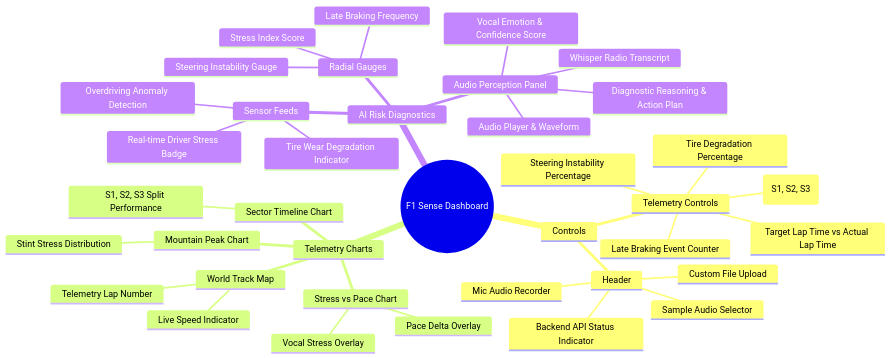
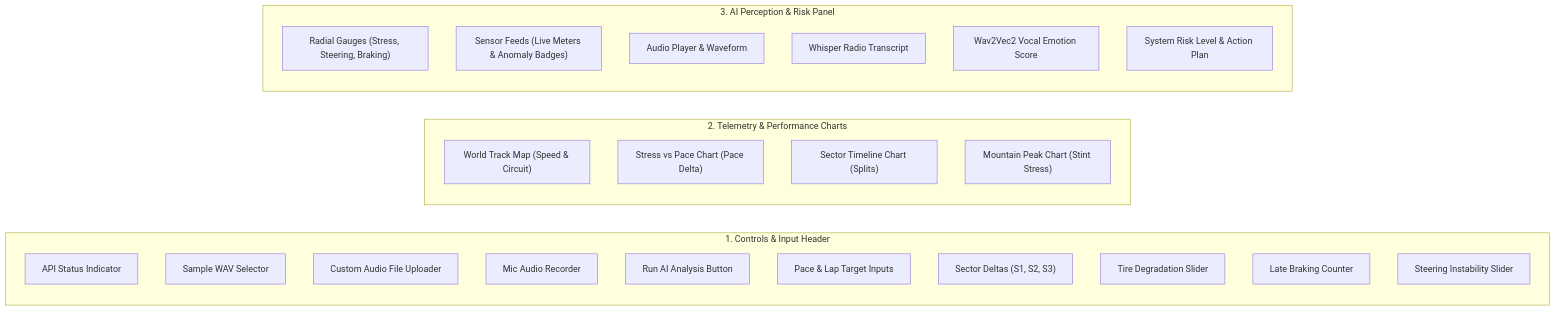
Before and after one commit to Aditsharma12/F1_sense: the third of 3 diagrams in README.md, drawn with Mermaid. The commit also changed other lines of this file, not shown here.

Commit message:
docs: replace mindmap with clean graph LR flowchart

````diff
--- a/README.md
+++ b/README.md
@@ -90,41 +90,31 @@
 ```mermaid
-mindmap
-  root((F1 Sense Dashboard))
-    Controls
-      Header
-        Backend API Status Indicator
-        Sample Audio Selector
-        Custom File Upload
-        Mic Audio Recorder
-      Telemetry Controls
-        Target Lap Time vs Actual Lap Time
-        Sector Deltas (S1, S2, S3)
-        Tire Degradation Percentage
-        Late Braking Event Counter
-        Steering Instability Percentage
-    Telemetry Charts
-      World Track Map
-        Live Speed Indicator
-        Telemetry Lap Number
-      Stress vs Pace Chart
-        Pace Delta Overlay
-        Vocal Stress Overlay
-      Sector Timeline Chart
-        S1, S2, S3 Split Performance
-      Mountain Peak Chart
-        Stint Stress Distribution
-    AI Risk Diagnostics
-      Radial Gauges
-        Stress Index Score
-        Steering Instability Gauge
-        Late Braking Frequency
-      Sensor Feeds
-        Real-time Driver Stress Badge
-        Tire Wear Degradation Indicator
-        Overdriving Anomaly Detection
-      Audio Perception Panel
-        Audio Player & Waveform
-        Whisper Radio Transcript
-        Vocal Emotion & Confidence Score
-        Diagnostic Reasoning & Action Plan
+graph LR
+    subgraph Controls["1. Controls & Input Header"]
+        H1["API Status Indicator"]
+        H2["Sample WAV Selector"]
+        H3["Custom Audio File Uploader"]
+        H4["Mic Audio Recorder"]
+        H5["Run AI Analysis Button"]
+        T1["Pace & Lap Target Inputs"]
+        T2["Sector Deltas (S1, S2, S3)"]
+        T3["Tire Degradation Slider"]
+        T4["Late Braking Counter"]
+        T5["Steering Instability Slider"]
+    end
+
+    subgraph Visuals["2. Telemetry & Performance Charts"]
+        C1["World Track Map (Speed & Circuit)"]
+        C2["Stress vs Pace Chart (Pace Delta)"]
+        C3["Sector Timeline Chart (Splits)"]
+        C4["Mountain Peak Chart (Stint Stress)"]
+    end
+
+    subgraph Diagnostics["3. AI Perception & Risk Panel"]
+        D1["Radial Gauges (Stress, Steering, Braking)"]
+        D2["Sensor Feeds (Live Meters & Anomaly Badges)"]
+        D3["Audio Player & Waveform"]
+        D4["Whisper Radio Transcript"]
+        D5["Wav2Vec2 Vocal Emotion Score"]
+        D6["System Risk Level & Action Plan"]
+    end
 ```
````
